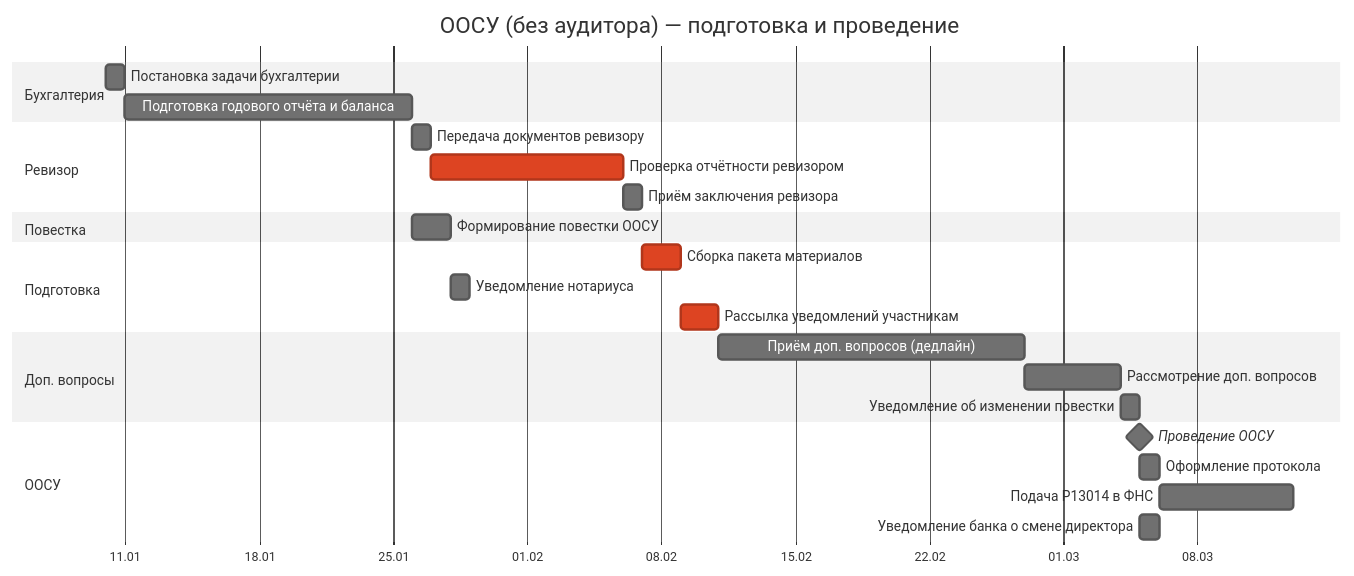
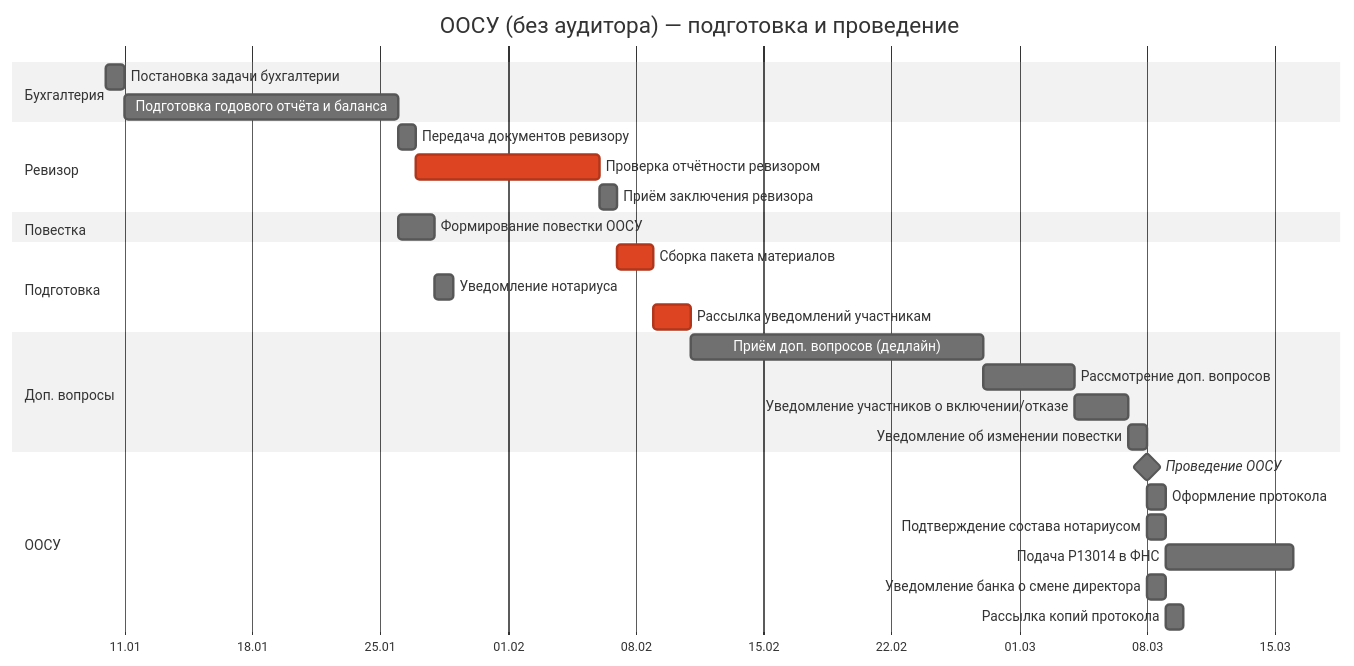
One commit to arsenyuk/SamorodinkaTech.Fiducia changed the second of 2 diagrams in docs/domain/oosu-gantt.md. Above: the diagram before and after it, drawn with Mermaid (neutral theme). The commit also changed other lines of this file, not shown here.

First line of the commit message:
docs(domain): добавить Д4, Н2, ОС5 в таблицы и Mermaid-диаграммы ООСУ-ганта

````diff
--- a/docs/domain/oosu-gantt.md
+++ b/docs/domain/oosu-gantt.md
@@ -152,34 +161,37 @@
 ```mermaid
 gantt
     title ООСУ (без аудитора) — подготовка и проведение
     dateFormat  YYYY-MM-DD
     axisFormat  %d.%m
 
     section Бухгалтерия
     Постановка задачи бухгалтерии           :b1, 2026-01-10, 1d
     Подготовка годового отчёта и баланса    :b2, after b1, 15d
 
     section Ревизор
     Передача документов ревизору            :r1, after b2, 1d
     Проверка отчётности ревизором          :crit, r2, after r1, 10d
     Приём заключения ревизора              :r3, after r2, 1d
 
     section Повестка
     Формирование повестки ООСУ             :p1, after b2, 2d
 
     section Подготовка
     Сборка пакета материалов                :crit, p2, after r3, 2d
     Уведомление нотариуса                  :p4, after p1, 1d
     Рассылка уведомлений участникам        :crit, p3, after p2, 2d
 
     section Доп. вопросы
     Приём доп. вопросов (дедлайн)           :d1, after p3, 16d
     Рассмотрение доп. вопросов              :d2, after d1, 5d
-    Уведомление об изменении повестки       :d3, after d2, 1d
+    Уведомление участников о включении/отказе :d4, after d2, 3d
+    Уведомление об изменении повестки       :d3, after d4, 1d
 
     section ООСУ
     Проведение ООСУ                         :milestone, os1, after p3 p4 d3, 0d
     Оформление протокола                    :os2, after os1, 1d
+    Подтверждение состава нотариусом        :n2, after os1, 1d
     Подача Р13014 в ФНС                     :os3, after os2, 7d
     Уведомление банка о смене директора     :os4, after os1, 1d
+    Рассылка копий протокола                :os5, after os2 n2, 1d
 ```
````
